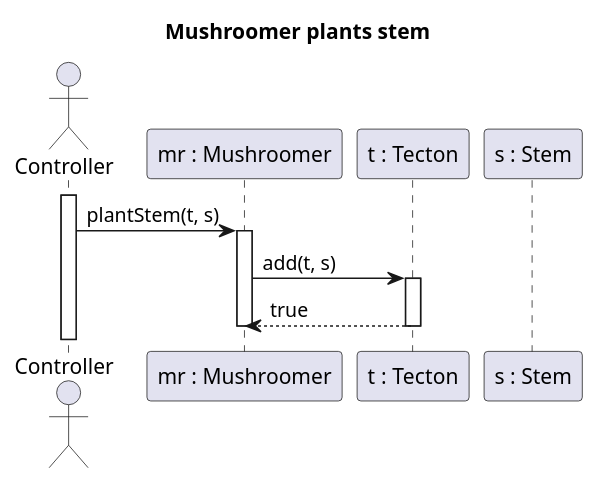
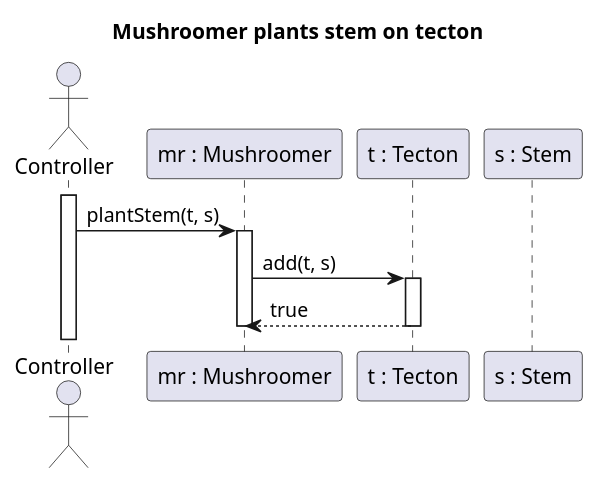
One commit to Petya-G/fungorium changed the diagram in 5/sequences/stem/plantsStem.puml. Above: the diagram before and after it, drawn with PlantUML. The commit also changed 5 other files, not shown here.

Commit message:
added more diagrams

```diff
--- a/5/sequences/stem/plantsStem.puml
+++ b/5/sequences/stem/plantsStem.puml
@@ -1,20 +1,20 @@
-@startuml Mushroomer plants stem
-title Mushroomer plants stem
+@startuml Mushroomer plants stem on tecton
+title Mushroomer plants stem on tecton
 
 actor Controller
 participant "mr : Mushroomer" as MR
 participant "t : Tecton" as T
 participant "s : Stem" as S
 
 activate Controller
 Controller -> MR : plantStem(t, s)
 activate MR
 
 MR -> T : add(t, s)
 activate T
 
 MR <-- T : true
 deactivate T
 
 deactivate MR
 @enduml
```
